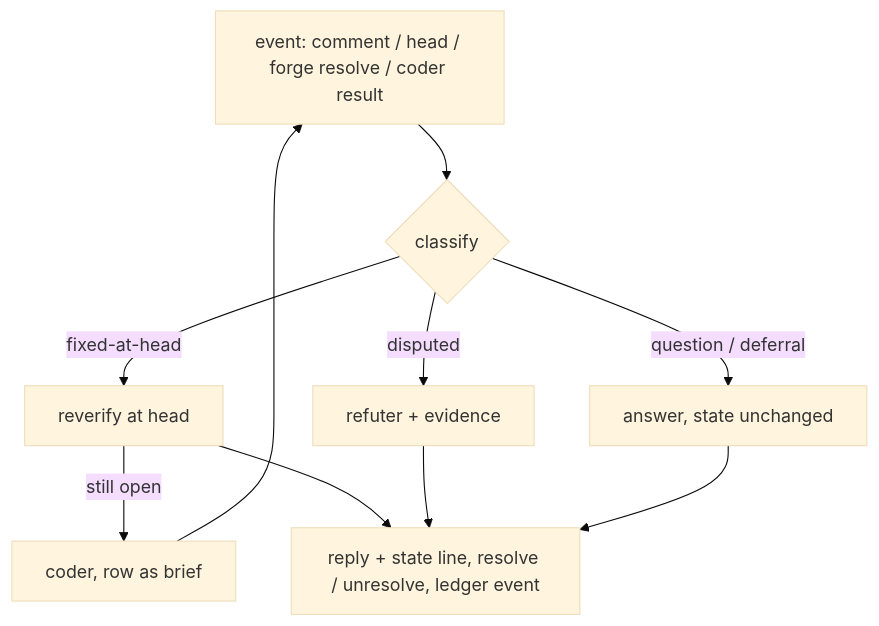
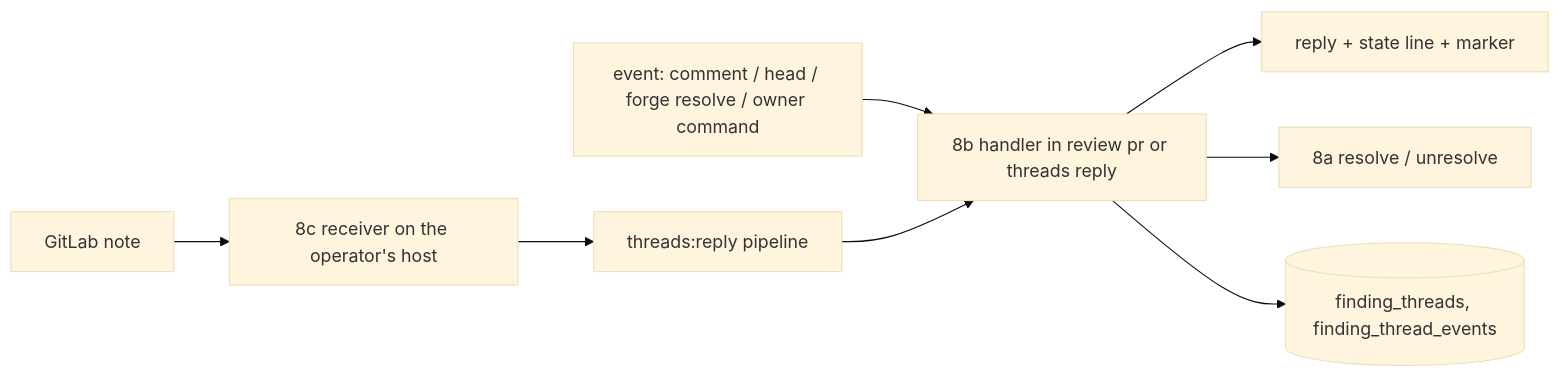
One commit to repoachhq/repoach changed the diagram in docs/specs/2026-10-26_SP-PR-THREADS-REMEMBER-AND-CLOSE_one-finding-one-thread-closed-by-its-role.md. Above: the diagram before and after it, drawn with Mermaid (base theme). The commit also changed other lines of this file and 11 other files, not shown here.

First line of the commit message:
docs(specs): approve the review-convergence chain and the thread specs (#314)

````diff
--- a/docs/specs/2026-10-26_SP-PR-THREADS-REMEMBER-AND-CLOSE_one-finding-one-thread-closed-by-its-role.md
+++ b/docs/specs/2026-10-26_SP-PR-THREADS-REMEMBER-AND-CLOSE_one-finding-one-thread-closed-by-its-role.md
@@ -672,10 +364,8 @@
 ```mermaid
-flowchart TD
-    E[event: comment / head / forge resolve / coder result] --> C{classify}
-    C -->|fixed-at-head| R[reverify at head]
-    C -->|disputed| J[refuter + evidence]
-    C -->|question / deferral| A[answer, state unchanged]
-    R -->|still open| K[coder, row as brief]
-    K --> E
-    R & J & A --> S[reply + state line, resolve / unresolve, ledger event]
+flowchart LR
+    E[event: comment / head / forge resolve / owner command] --> H[8b handler in review pr or threads reply]
+    H --> R[reply + state line + marker]
+    H --> W[8a resolve / unresolve]
+    H --> L[(finding_threads, finding_thread_events)]
+    N[GitLab note] --> C[8c receiver on the operator's host] --> P[threads:reply pipeline] --> H
 ```
````
